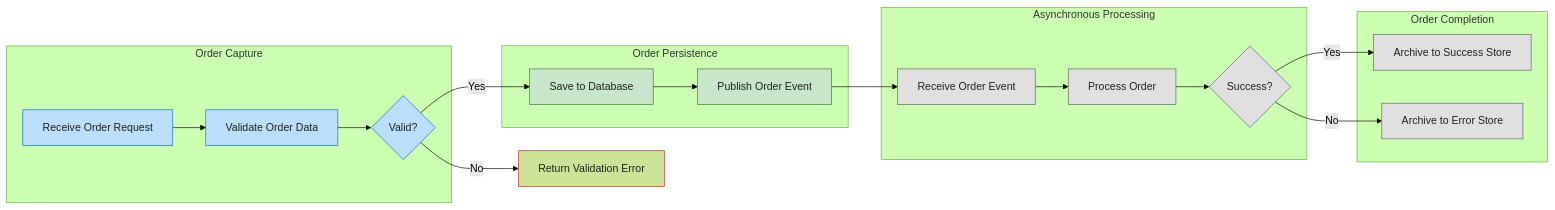
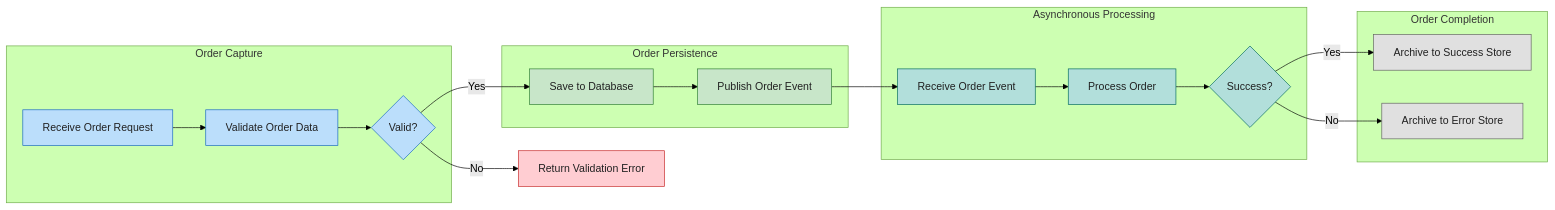
The fourth of 4 diagrams in docs/architecture/01-business-architecture.md (Evilazaro/Azure-LogicApps-Monitoring), drawn with Mermaid (forest theme) before and after one commit. The commit also changed other lines of this file and 1 other file, not shown here.

Commit message:
Refactor architecture diagrams for improved clarity and consistency in color coding

````diff
--- a/docs/architecture/01-business-architecture.md
+++ b/docs/architecture/01-business-architecture.md
@@ -148,45 +161,45 @@
 ```mermaid
 flowchart LR
     subgraph Capture["Order Capture"]
         A1[Receive Order Request]
         A2[Validate Order Data]
         A3{Valid?}
     end
 
     subgraph Persistence["Order Persistence"]
         B1[Save to Database]
         B2[Publish Order Event]
     end
 
     subgraph Processing["Asynchronous Processing"]
         C1[Receive Order Event]
         C2[Process Order]
         C3{Success?}
     end
 
     subgraph Completion["Order Completion"]
         D1[Archive to Success Store]
         D2[Archive to Error Store]
     end
 
     A1 --> A2 --> A3
     A3 -->|Yes| B1
     A3 -->|No| E1[Return Validation Error]
     B1 --> B2
     B2 --> C1
     C1 --> C2 --> C3
     C3 -->|Yes| D1
     C3 -->|No| D2
 
     classDef capture fill:#BBDEFB,stroke:#1565C0,color:#212121
     classDef persist fill:#C8E6C9,stroke:#2E7D32,color:#212121
-    classDef process fill:#E0E0E0,stroke:#616161,color:#212121
+    classDef process fill:#B2DFDB,stroke:#00695C,color:#212121
     classDef complete fill:#E0E0E0,stroke:#616161,color:#212121
-    classDef error stroke:#C62828,color:#212121
+    classDef error fill:#FFCDD2,stroke:#C62828,color:#212121
 
     class A1,A2,A3 capture
     class B1,B2 persist
     class C1,C2,C3 process
     class D1,D2 complete
     class E1 error
 ```
````
